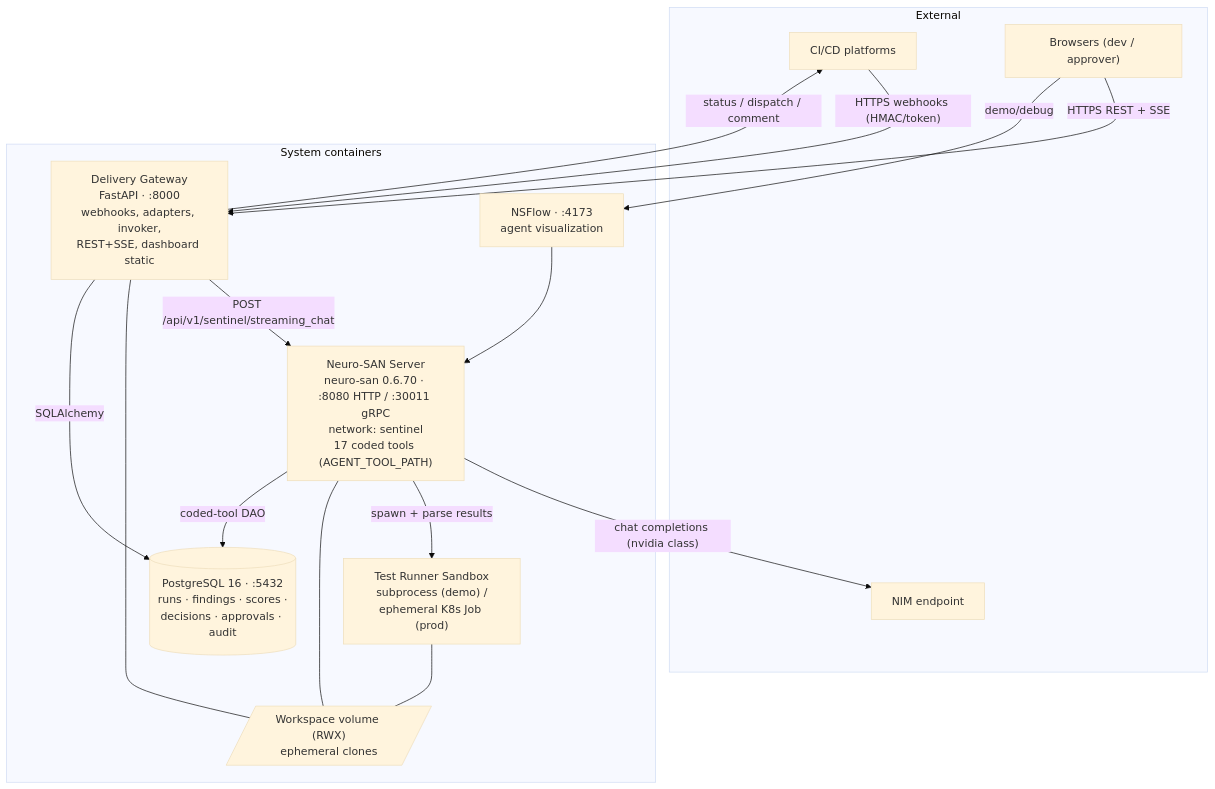
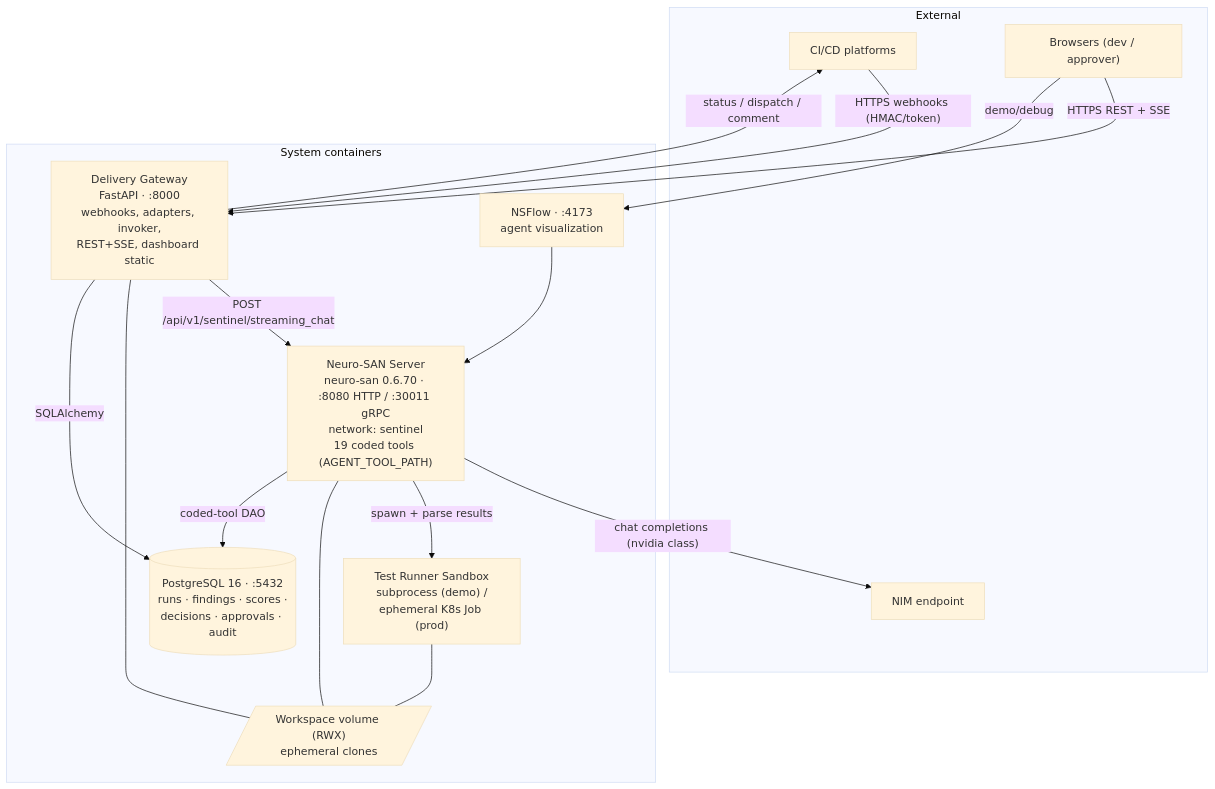
The second of 6 diagrams in docs/solution/05-architecture-diagram.md (anandharshit712/Sentinel), drawn with Mermaid (base theme) before and after one commit. The commit also changed other lines of this file and 27 other files, not shown here.

````diff
--- a/docs/solution/05-architecture-diagram.md
+++ b/docs/solution/05-architecture-diagram.md
@@ -54,31 +54,31 @@
 ```mermaid
 flowchart TB
     subgraph EXT["External"]
         CI["CI/CD platforms"]
         USERS["Browsers (dev / approver)"]
         NIMX["NIM endpoint"]
     end
 
     subgraph SYSTEM["System containers"]
         GW["Delivery Gateway<br/>FastAPI · :8000<br/>webhooks, adapters, invoker,<br/>REST+SSE, dashboard static"]
-        NS["Neuro-SAN Server<br/>neuro-san 0.6.70 · :8080 HTTP / :30011 gRPC<br/>network: sentinel<br/>17 coded tools (AGENT_TOOL_PATH)"]
+        NS["Neuro-SAN Server<br/>neuro-san 0.6.70 · :8080 HTTP / :30011 gRPC<br/>network: sentinel<br/>19 coded tools (AGENT_TOOL_PATH)"]
         RUN["Test Runner Sandbox<br/>subprocess (demo) /<br/>ephemeral K8s Job (prod)"]
         NF["NSFlow · :4173<br/>agent visualization"]
         PG[("PostgreSQL 16 · :5432<br/>runs · findings · scores ·<br/>decisions · approvals · audit")]
         WS[/"Workspace volume (RWX)<br/>ephemeral clones"/]
     end
 
     CI -->|"HTTPS webhooks (HMAC/token)"| GW
     GW -->|"POST /api/v1/sentinel/streaming_chat"| NS
     NS -->|"chat completions (nvidia class)"| NIMX
     NS -->|"spawn + parse results"| RUN
     RUN --- WS
     GW --- WS
     NS --- WS
     GW -->|"SQLAlchemy"| PG
     NS -->|"coded-tool DAO"| PG
     USERS -->|"HTTPS REST + SSE"| GW
     USERS -->|"demo/debug"| NF
     NF --> NS
     GW -->|"status / dispatch / comment"| CI
 ```
````
